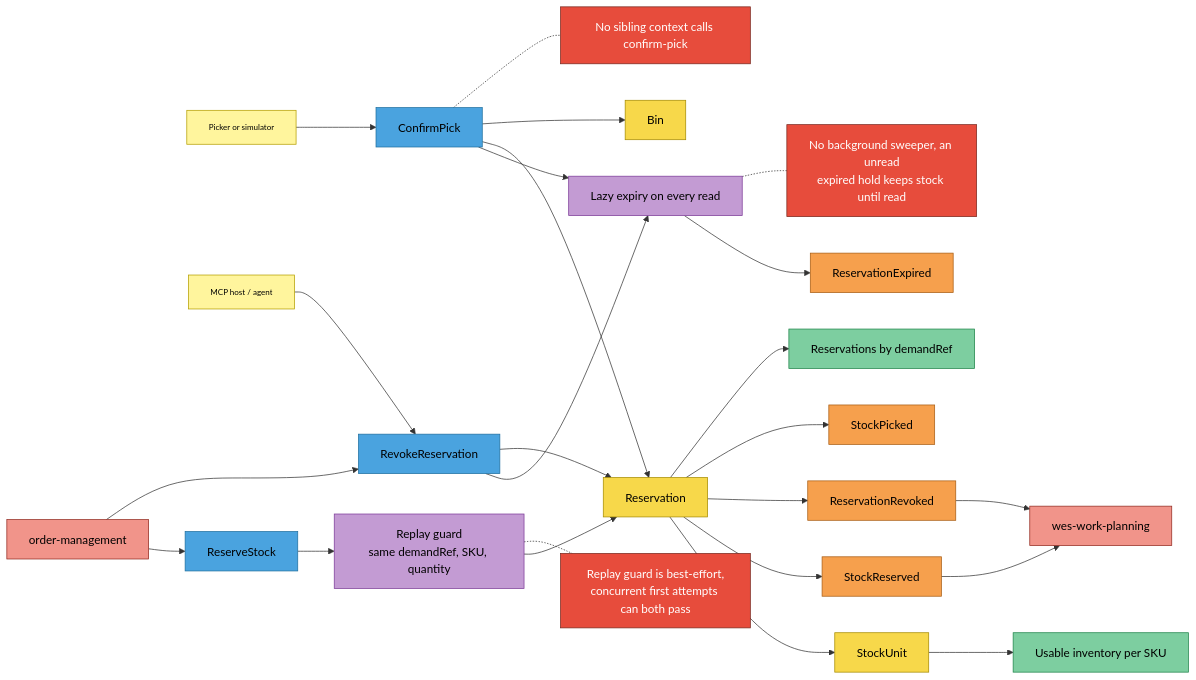
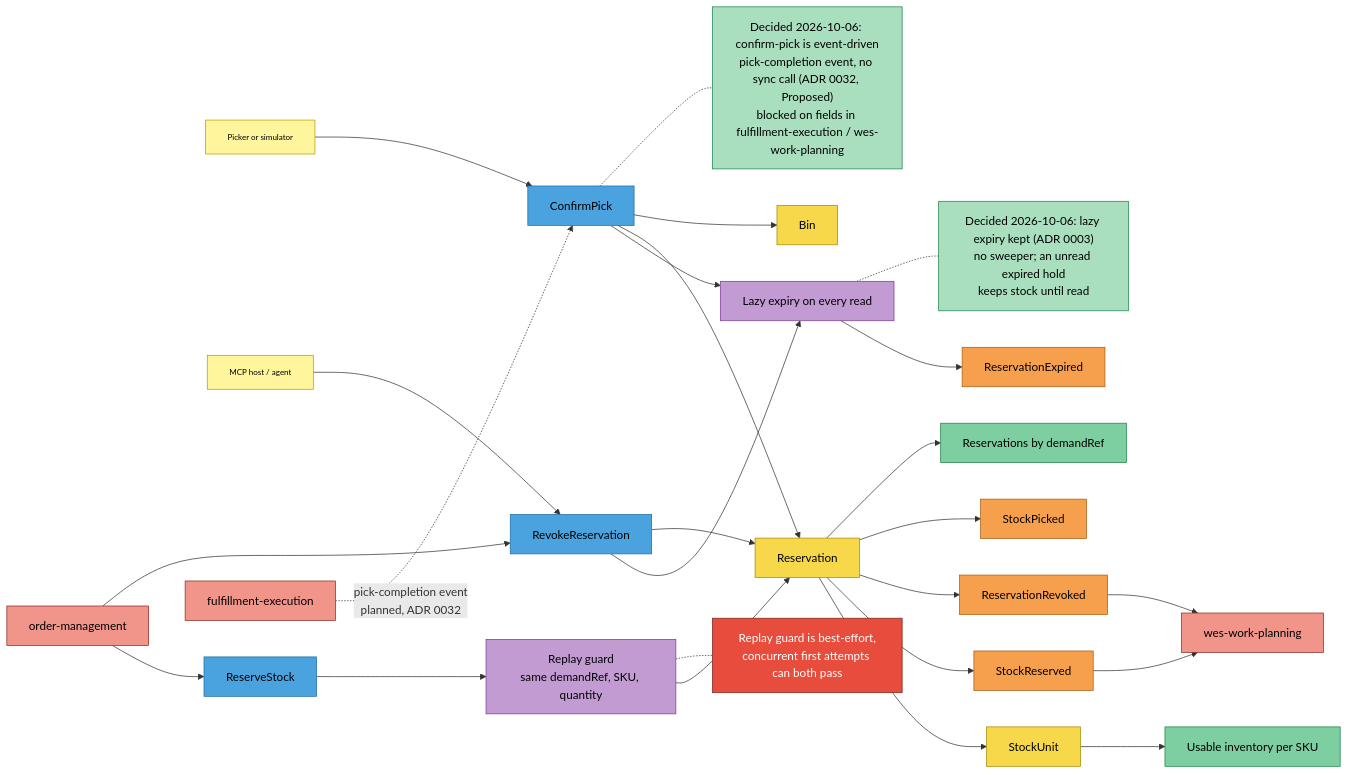
One commit to IQVO/inventory-storage changed the third of 4 diagrams in docs/docs/ddd/eventstorming.md. Above: the diagram before and after it, drawn with Mermaid. The commit also changed other lines of this file and 22 other files, not shown here.

First line of the commit message:
feat: publish ProductClassified; confirm-pick direction (audit decisions 2026-10-06) (#147)

````diff
--- a/docs/docs/ddd/eventstorming.md
+++ b/docs/docs/ddd/eventstorming.md
@@ -97,52 +101,55 @@
 ```mermaid
 flowchart LR
     OM["order-management"]:::external
     PK["Picker or simulator"]:::actor
     AG["MCP host / agent"]:::actor
     RSV["ReserveStock"]:::command
     RG["Replay guard<br/>same demandRef, SKU, quantity"]:::policy
     LE["Lazy expiry on every read"]:::policy
     RES["Reservation"]:::aggregate
     SU["StockUnit"]:::aggregate
     BIN["Bin"]:::aggregate
     SR["StockReserved"]:::event
     REV["RevokeReservation"]:::command
     RR["ReservationRevoked"]:::event
     CPK["ConfirmPick"]:::command
     SP["StockPicked"]:::event
     RE["ReservationExpired"]:::event
     WP["wes-work-planning"]:::external
     UI["Usable inventory per SKU"]:::readmodel
     RBD["Reservations by demandRef"]:::readmodel
-    H5["No background sweeper, an unread<br/>expired hold keeps stock until read"]:::hotspot
+    FE["fulfillment-execution"]:::external
+    H5["Decided 2026-10-06: lazy expiry kept (ADR 0003)<br/>no sweeper; an unread expired hold<br/>keeps stock until read"]:::decided
     H6["Replay guard is best-effort,<br/>concurrent first attempts can both pass"]:::hotspot
-    H7["No sibling context calls confirm-pick"]:::hotspot
+    H7["Decided 2026-10-06: confirm-pick is event-driven<br/>pick-completion event, no sync call (ADR 0032, Proposed)<br/>blocked on fields in fulfillment-execution / wes-work-planning"]:::decided
 
     OM --> RSV --> RG --> RES
     RES --> SU
     RES --> SR --> WP
     OM --> REV
     AG --> REV
     REV --> LE
     REV --> RES
     RES --> RR --> WP
     PK --> CPK --> LE
+    FE -.->|"pick-completion event<br/>planned, ADR 0032"| CPK
     CPK --> RES
     CPK --> BIN
     RES --> SP
     LE --> RE
     SU --> UI
     RES --> RBD
     LE -.- H5
     RG -.- H6
     CPK -.- H7
 
     classDef actor fill:#fff59d,stroke:#b59f00,color:#000,font-size:11px
     classDef command fill:#4aa3df,stroke:#1f6f9f,color:#000
     classDef aggregate fill:#f7d84a,stroke:#a68b00,color:#000
     classDef event fill:#f6a04d,stroke:#a85d14,color:#000
     classDef policy fill:#c39bd3,stroke:#7d3c98,color:#000
     classDef readmodel fill:#7dcea0,stroke:#1e8449,color:#000
     classDef external fill:#f1948a,stroke:#922b21,color:#000
     classDef hotspot fill:#e74c3c,stroke:#78281f,color:#fff
+    classDef decided fill:#a9dfbf,stroke:#1e8449,color:#000
 ```
````
